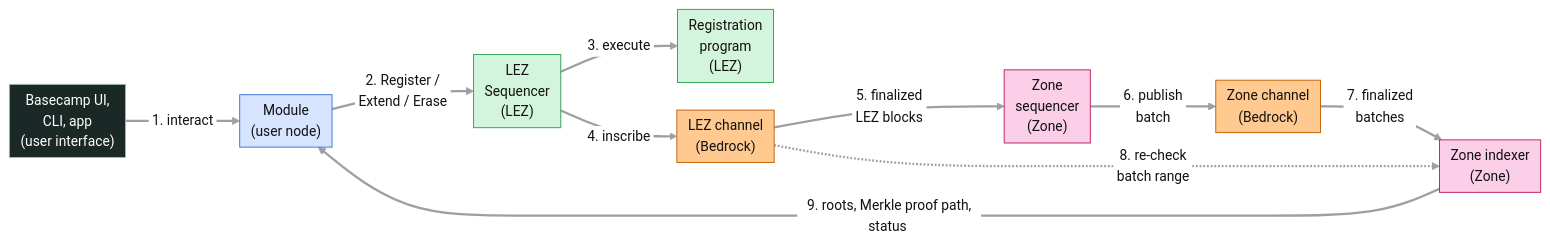
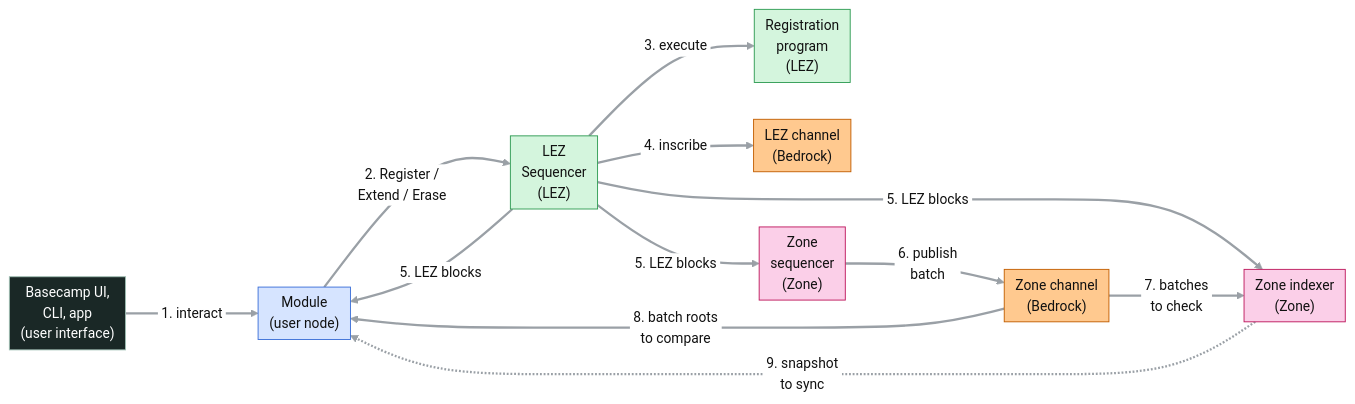
Before and after one commit to logos-co/logos-rln-membership-zone: the first of 5 diagrams in docs/rfc-rln-membership-zone.md, drawn with Mermaid. The commit also changed other lines of this file, not shown here.

Commit message:
docs: rewrite the RFC around Modules deriving the tree from LEZ

````diff
--- a/docs/rfc-rln-membership-zone.md
+++ b/docs/rfc-rln-membership-zone.md
@@ -167,25 +167,27 @@
 ```mermaid
-%%{init: {"theme": "base", "flowchart": {"nodeSpacing": 30, "rankSpacing": 50, "padding": 6}, "themeVariables": {"lineColor": "#9aa0a6", "primaryTextColor": "#111111", "edgeLabelBackground": "#ffffff", "fontSize": "15px"}, "themeCSS": "marker { overflow: visible; } .arrowMarkerPath { transform: scale(1.7); transform-origin: 5px 5px; } .edgeLabel, .edgeLabel p, .edgeLabel span { font-size: 12px; line-height: 1.2; }"}}%%
+%%{init: {"theme": "base", "flowchart": {"curve": "basis", "nodeSpacing": 40, "rankSpacing": 70, "padding": 6}, "themeVariables": {"lineColor": "#9aa0a6", "primaryTextColor": "#111111", "edgeLabelBackground": "#ffffff", "fontSize": "15px"}, "themeCSS": "marker { overflow: visible; } .arrowMarkerPath { transform: scale(1.7); transform-origin: 5px 5px; } .edgeLabel, .edgeLabel p, .edgeLabel span { font-size: 12px; line-height: 1.2; }"}}%%
 flowchart LR
     APP["Basecamp UI,<br/>CLI, app<br/>(user interface)"] -->|"#nbsp;1. interact#nbsp;"| MOD["Module<br/>(user node)"]
     MOD -->|"#nbsp;2. Register /#nbsp;<br/>#nbsp;Extend / Erase#nbsp;"| LSEQ["LEZ<br/>Sequencer<br/>(LEZ)"]
     LSEQ -->|"#nbsp;3. execute#nbsp;"| PROG["Registration<br/>program<br/>(LEZ)"]
     LSEQ -->|"#nbsp;4. inscribe#nbsp;"| LCH["LEZ channel<br/>(Bedrock)"]
-    LCH -->|"#nbsp;5. finalized#nbsp;<br/>#nbsp;LEZ blocks#nbsp;"| ZSEQ["Zone<br/>sequencer<br/>(Zone)"]
+    LSEQ -->|"#nbsp;5. LEZ blocks#nbsp;"| ZSEQ["Zone<br/>sequencer<br/>(Zone)"]
+    LSEQ -->|"#nbsp;5. LEZ blocks#nbsp;"| MOD
+    LSEQ -->|"#nbsp;5. LEZ blocks#nbsp;"| IDX["Zone indexer<br/>(Zone)"]
     ZSEQ -->|"#nbsp;6. publish#nbsp;<br/>#nbsp;batch#nbsp;"| ZCH["Zone channel<br/>(Bedrock)"]
-    ZCH -->|"#nbsp;7. finalized#nbsp;<br/>#nbsp;batches#nbsp;"| IDX["Zone indexer<br/>(Zone)"]
-    LCH -.->|"#nbsp;8. re-check#nbsp;<br/>#nbsp;batch range#nbsp;"| IDX
-    IDX -->|"#nbsp;9. roots, Merkle proof path, status#nbsp;"| MOD
+    ZCH -->|"#nbsp;7. batches#nbsp;<br/>#nbsp;to check#nbsp;"| IDX
+    ZCH -->|"#nbsp;8. batch roots#nbsp;<br/>#nbsp;to compare#nbsp;"| MOD
+    IDX -.->|"#nbsp;9. snapshot#nbsp;<br/>#nbsp;to sync#nbsp;"| MOD
     linkStyle default stroke-width:2.5px
 
     classDef ui fill:#1a2826,stroke:#9fbfb3,color:#ffffff
     classDef user fill:#d6e4ff,stroke:#3b6fd8,color:#111111
     classDef lez fill:#d4f5dd,stroke:#2e9b52,color:#111111
     classDef l1 fill:#ffc98f,stroke:#c25e00,color:#111111
     classDef zone fill:#fbcfe8,stroke:#be185d,color:#111111
     class APP ui
     class MOD user
     class LSEQ,PROG lez
     class LCH,ZCH l1
     class ZSEQ,IDX zone
 ```
````
